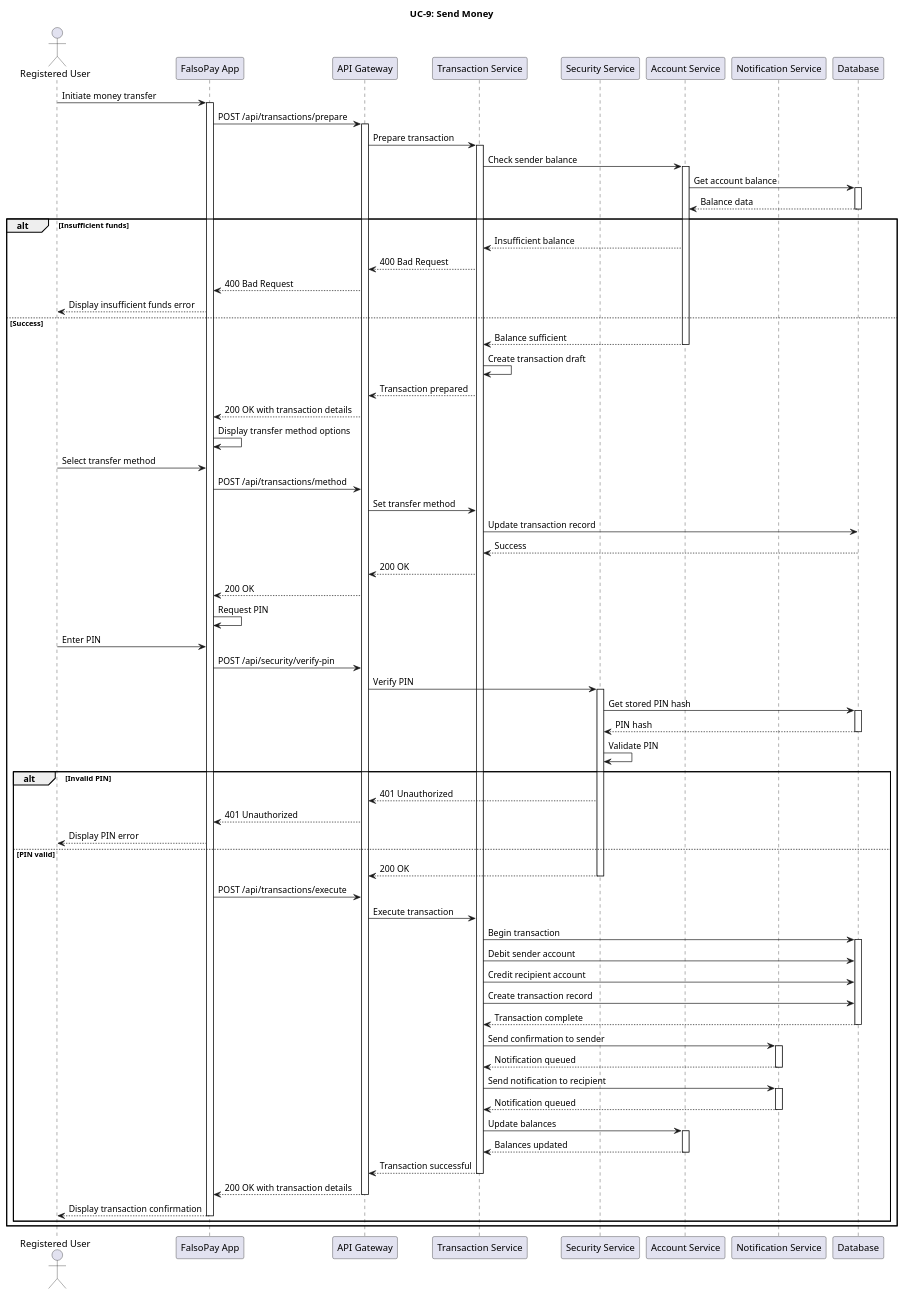
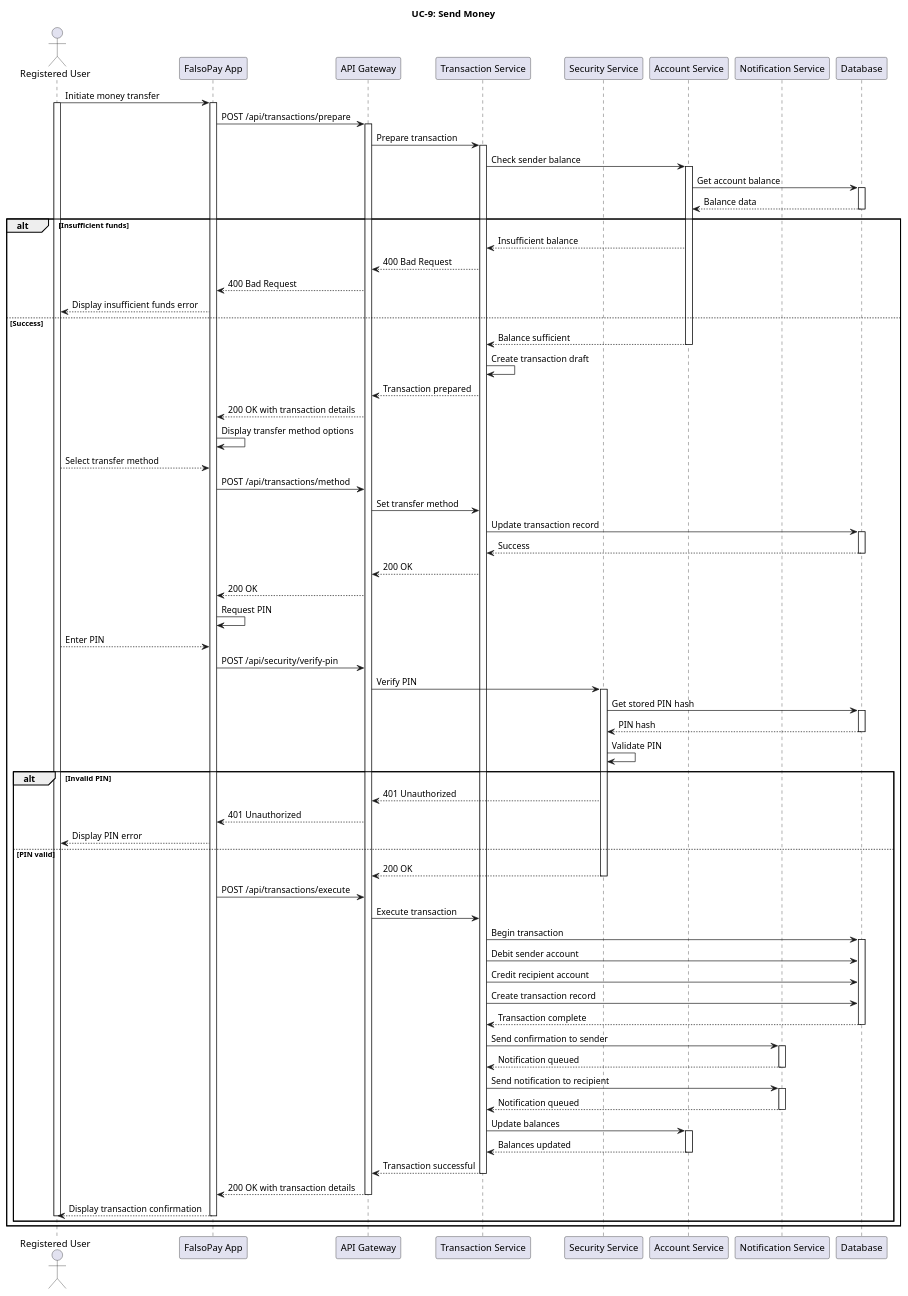
One commit to Adhamzineldin/Falsopay changed the diagram in docs/design/sequence-diagrams/UC9-SendMoney.puml. Above: the diagram before and after it, drawn with PlantUML. The commit also changed 8 other files, not shown here.

```diff
--- a/docs/design/sequence-diagrams/UC9-SendMoney.puml
+++ b/docs/design/sequence-diagrams/UC9-SendMoney.puml
@@ -1,115 +1,119 @@
 @startuml UC9-SendMoney
 
 actor "Registered User" as User
 participant "FalsoPay App" as App
 participant "API Gateway" as Gateway
 participant "Transaction Service" as TransService
 participant "Security Service" as SecService
 participant "Account Service" as AccountService
 participant "Notification Service" as NotifService
 participant "Database" as DB
 
 title UC-9: Send Money
 
 User -> App: Initiate money transfer
 activate App
+activate User
 
 App -> Gateway: POST /api/transactions/prepare
 activate Gateway
 
 Gateway -> TransService: Prepare transaction
 activate TransService
 
 TransService -> AccountService: Check sender balance
 activate AccountService
 
 AccountService -> DB: Get account balance
 activate DB
 DB --> AccountService: Balance data
 deactivate DB
 
 alt Insufficient funds
     AccountService --> TransService: Insufficient balance
     TransService --> Gateway: 400 Bad Request
     Gateway --> App: 400 Bad Request
     App --> User: Display insufficient funds error
 else Success
     AccountService --> TransService: Balance sufficient
     deactivate AccountService
     
     TransService -> TransService: Create transaction draft
     TransService --> Gateway: Transaction prepared
     Gateway --> App: 200 OK with transaction details
     
     App -> App: Display transfer method options
-    User -> App: Select transfer method
+    User --> App: Select transfer method
     
     App -> Gateway: POST /api/transactions/method
     Gateway -> TransService: Set transfer method
     TransService -> DB: Update transaction record
+    activate DB
     DB --> TransService: Success
+    deactivate DB
     TransService --> Gateway: 200 OK
     Gateway --> App: 200 OK
     
     App -> App: Request PIN
-    User -> App: Enter PIN
+    User --> App: Enter PIN
     
     App -> Gateway: POST /api/security/verify-pin
     Gateway -> SecService: Verify PIN
     activate SecService
     
     SecService -> DB: Get stored PIN hash
     activate DB
     DB --> SecService: PIN hash
     deactivate DB
     
     SecService -> SecService: Validate PIN
     
     alt Invalid PIN
         SecService --> Gateway: 401 Unauthorized
         Gateway --> App: 401 Unauthorized
         App --> User: Display PIN error
     else PIN valid
         SecService --> Gateway: 200 OK
         deactivate SecService
         
         App -> Gateway: POST /api/transactions/execute
         Gateway -> TransService: Execute transaction
         
         TransService -> DB: Begin transaction
         activate DB
         
         TransService -> DB: Debit sender account
         TransService -> DB: Credit recipient account
         TransService -> DB: Create transaction record
         
         DB --> TransService: Transaction complete
         deactivate DB
         
         TransService -> NotifService: Send confirmation to sender
         activate NotifService
         NotifService --> TransService: Notification queued
         deactivate NotifService
         
         TransService -> NotifService: Send notification to recipient
         activate NotifService
         NotifService --> TransService: Notification queued
         deactivate NotifService
         
         TransService -> AccountService: Update balances
         activate AccountService
         AccountService --> TransService: Balances updated
         deactivate AccountService
         
         TransService --> Gateway: Transaction successful
         deactivate TransService
         
         Gateway --> App: 200 OK with transaction details
         deactivate Gateway
         
         App --> User: Display transaction confirmation
         deactivate App
+        deactivate User
     end
 end
 
 @enduml 
```
